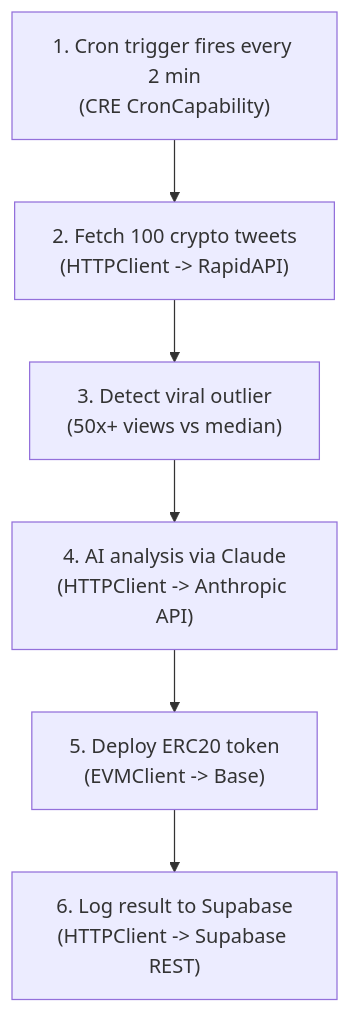
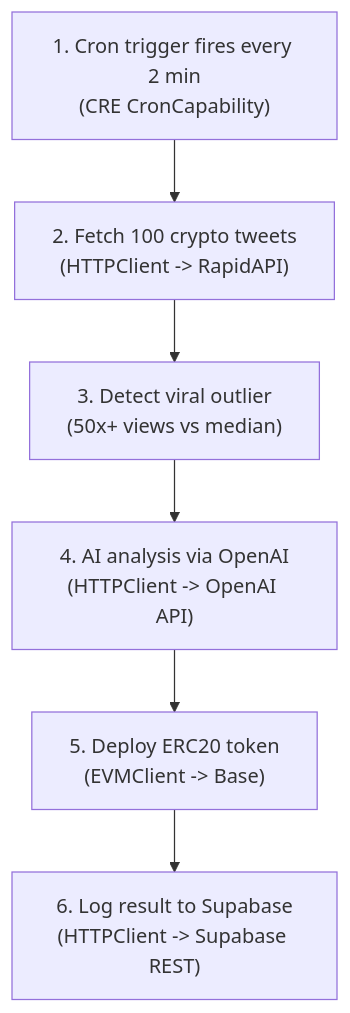
The second of 5 diagrams in README.md (fozagtx/mina), drawn with Mermaid before and after one commit. The commit also changed other lines of this file and 9 other files, not shown here.

First line of the commit message:
Replace Claude/Anthropic with OpenAI across entire codebase

````diff
--- a/README.md
+++ b/README.md
@@ -25,11 +25,11 @@
 ```mermaid
 flowchart TD
     S1["1. Cron trigger fires every 2 min\n(CRE CronCapability)"]
     S2["2. Fetch 100 crypto tweets\n(HTTPClient -> RapidAPI)"]
     S3["3. Detect viral outlier\n(50x+ views vs median)"]
-    S4["4. AI analysis via Claude\n(HTTPClient -> Anthropic API)"]
+    S4["4. AI analysis via OpenAI\n(HTTPClient -> OpenAI API)"]
     S5["5. Deploy ERC20 token\n(EVMClient -> Base)"]
     S6["6. Log result to Supabase\n(HTTPClient -> Supabase REST)"]
 
     S1 --> S2 --> S3 --> S4 --> S5 --> S6
 ```
````
